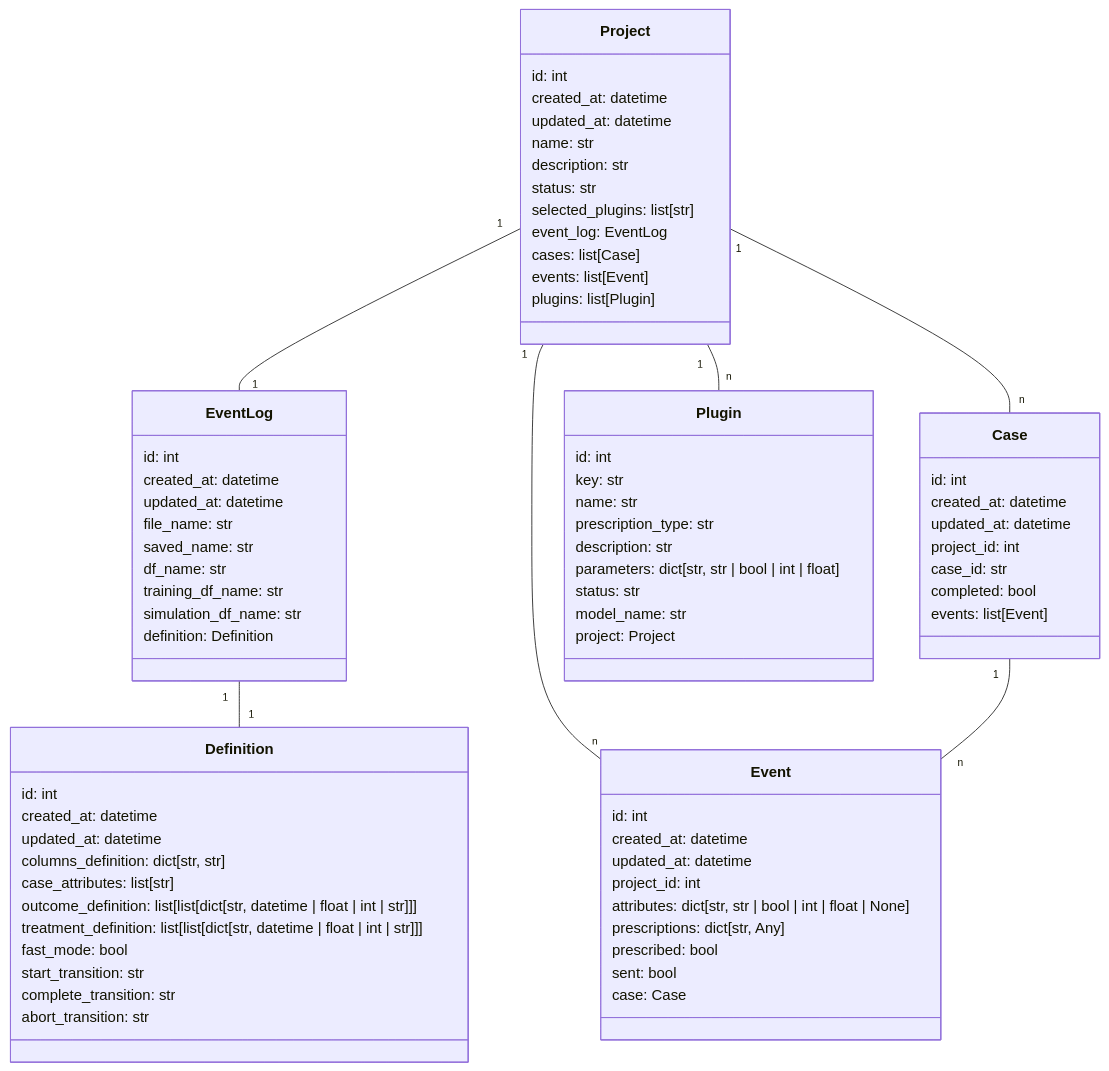
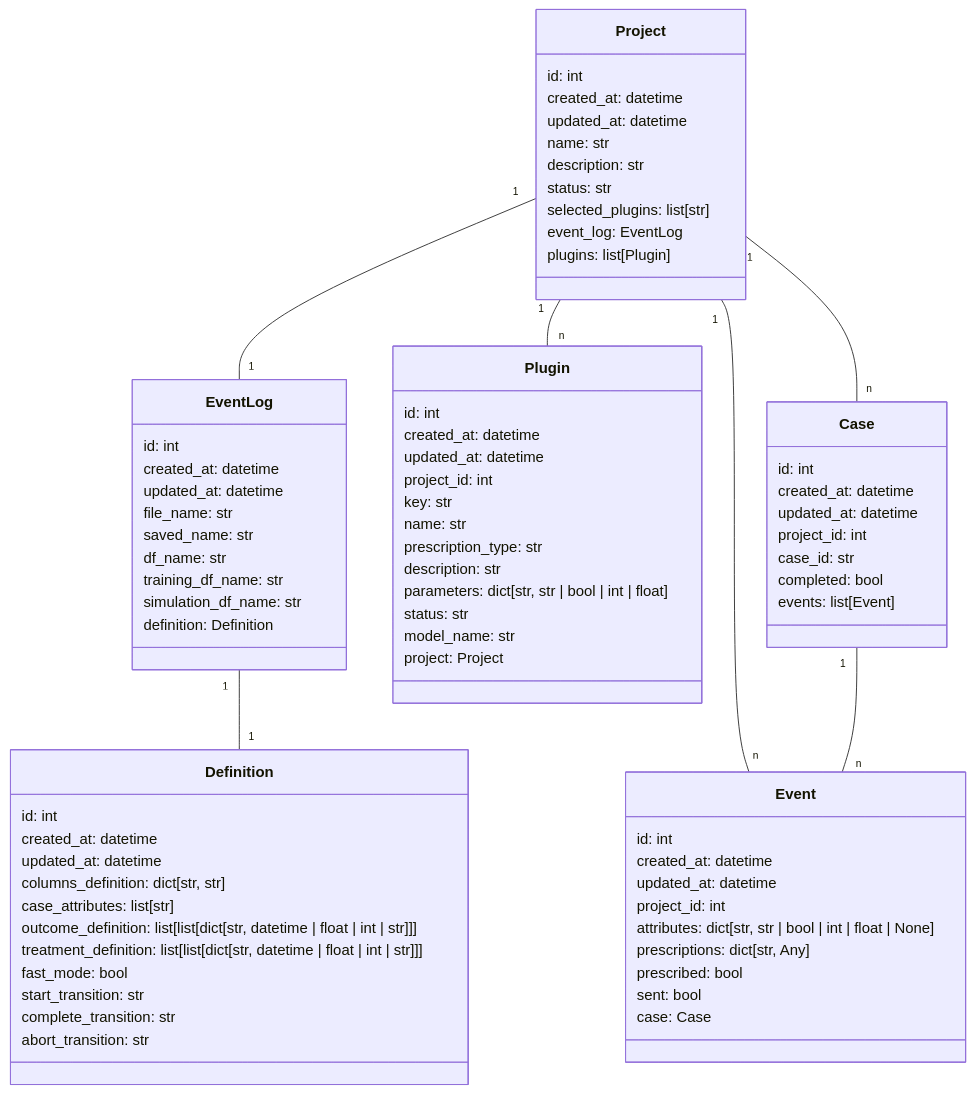
Before and after one commit to prcore/docs: the diagram in content/development/core/class-diagram.md, drawn with Mermaid. The commit also changed 42 other files, not shown here.

```diff
--- a/content/development/core/class-diagram.md
+++ b/content/development/core/class-diagram.md
@@ -50,9 +50,22 @@
         status: str
         selected_plugins: list[str]
         event_log: EventLog
-        cases: list[Case]
-        events: list[Event]
         plugins: list[Plugin]
+    }
+
+    class Plugin {
+        id: int
+        created_at: datetime
+        updated_at: datetime
+        project_id: int
+        key: str
+        name: str
+        prescription_type: str
+        description: str
+        parameters: dict[str, str | bool | int | float]
+        status: str
+        model_name: str
+        project: Project
     }
 
     class Case{
@@ -77,22 +90,10 @@
         case: Case
     }
 
-    class Plugin {
-        id: int
-        key: str
-        name: str
-        prescription_type: str
-        description: str
-        parameters: dict[str, str | bool | int | float]
-        status: str
-        model_name: str
-        project: Project
-    }
-
     EventLog "1" -- "1" Definition
     Project "1" -- "1" EventLog
+    Project "1" -- "n" Plugin
     Project "1" -- "n" Case
     Project "1" -- "n" Event
     Case "1" -- "n" Event
-    Project "1" -- "n" Plugin
 {{< /mermaid >}}
```
